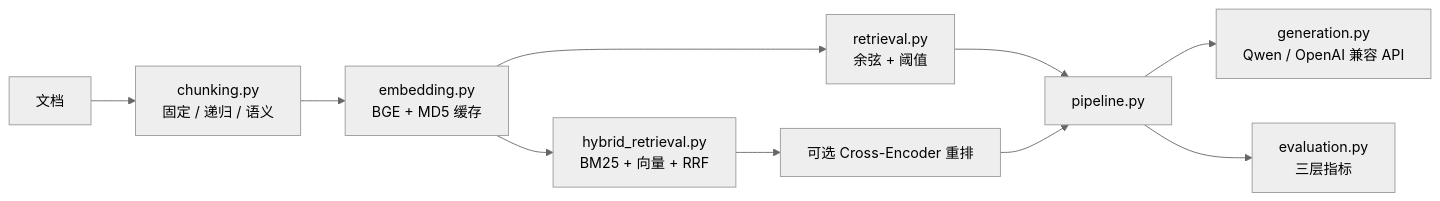
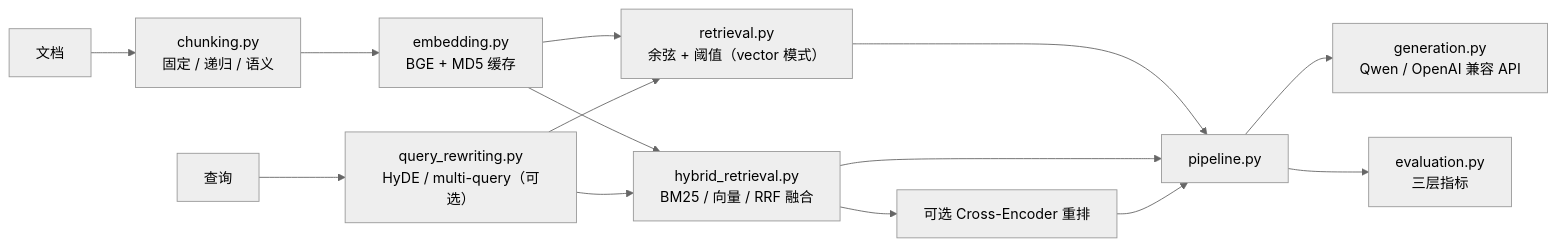
Before and after one commit to world-breaker/rag-eval-platform: the diagram in docs/architecture.md, drawn with Mermaid (neutral theme). The commit also changed other lines of this file and 13 other files, not shown here.

````diff
--- a/docs/architecture.md
+++ b/docs/architecture.md
@@ -12,12 +12,16 @@
 ```mermaid
 flowchart LR
     D[文档] --> C["chunking.py<br/>固定 / 递归 / 语义"]
     C --> E["embedding.py<br/>BGE + MD5 缓存"]
-    E --> R["retrieval.py<br/>余弦 + 阈值"]
-    E --> H["hybrid_retrieval.py<br/>BM25 + 向量 + RRF"]
+    E --> R["retrieval.py<br/>余弦 + 阈值（vector 模式）"]
+    E --> H["hybrid_retrieval.py<br/>BM25 / 向量 / RRF 融合"]
     H --> RR["可选 Cross-Encoder 重排"]
+    Q[查询] --> QR["query_rewriting.py<br/>HyDE / multi-query（可选）"]
+    QR --> R
+    QR --> H
     R --> P["pipeline.py"]
+    H --> P
     RR --> P
     P --> G["generation.py<br/>Qwen / OpenAI 兼容 API"]
     P --> V["evaluation.py<br/>三层指标"]
 ```
````
